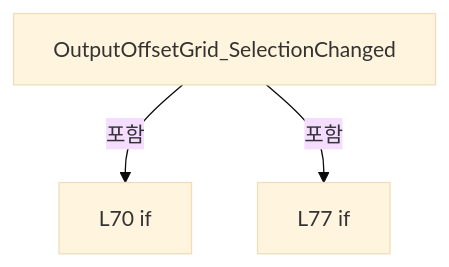
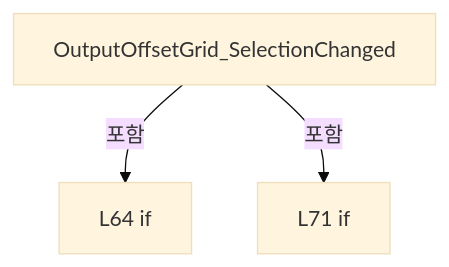
Before and after one commit to kjuws10-rgb/Shared: the fourth of 6 diagrams in A3 LD Code Ref/files/Drilling.UI/Views/CCorrectionView.xaml.cs.md, drawn with Mermaid (base theme). The commit also changed other lines of this file and 1984 other files, not shown here.

Commit message:
docs(a3): update 11.17.0 architecture and complete code reference

````diff
--- a/A3 LD Code Ref/files/Drilling.UI/Views/CCorrectionView.xaml.cs.md
+++ b/A3 LD Code Ref/files/Drilling.UI/Views/CCorrectionView.xaml.cs.md
@@ -309,8 +300,8 @@
 ```mermaid
 flowchart TD
  M["OutputOffsetGrid_SelectionChanged"]
- N0["L70 if"]
+ N0["L64 if"]
  M -->|포함| N0
- N1["L77 if"]
+ N1["L71 if"]
  M -->|포함| N1
 ```
````
